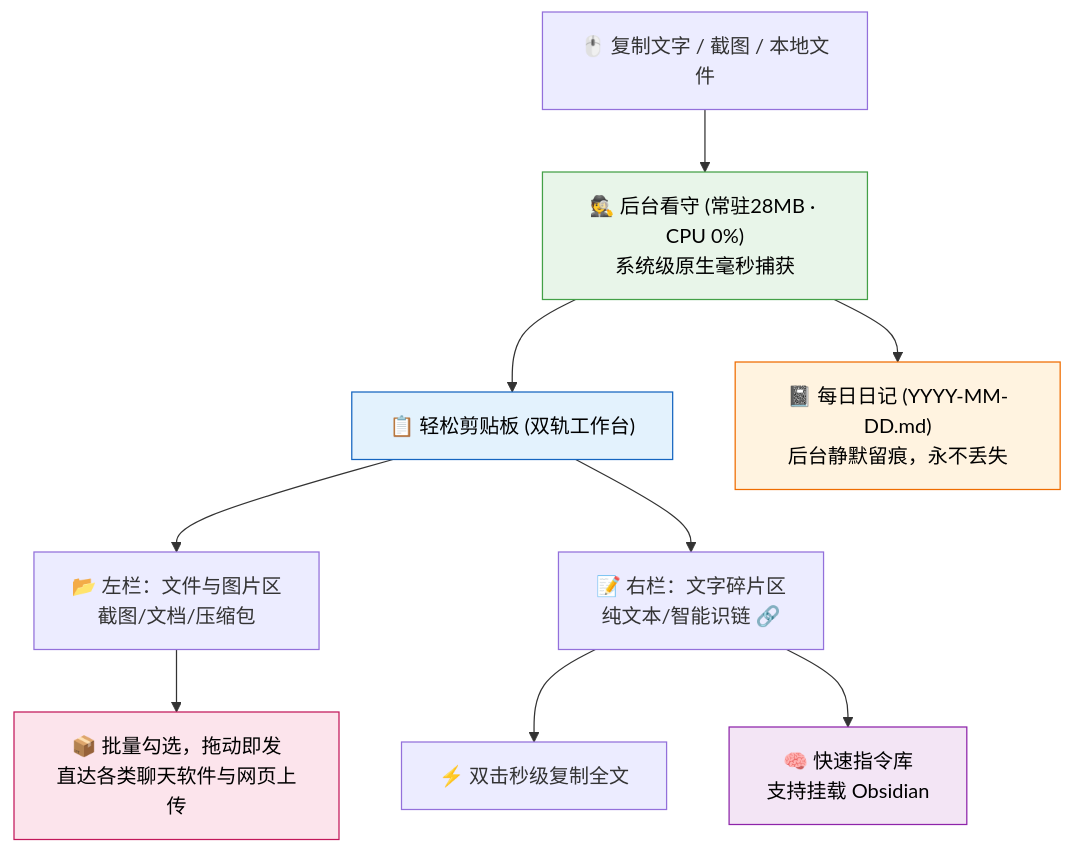
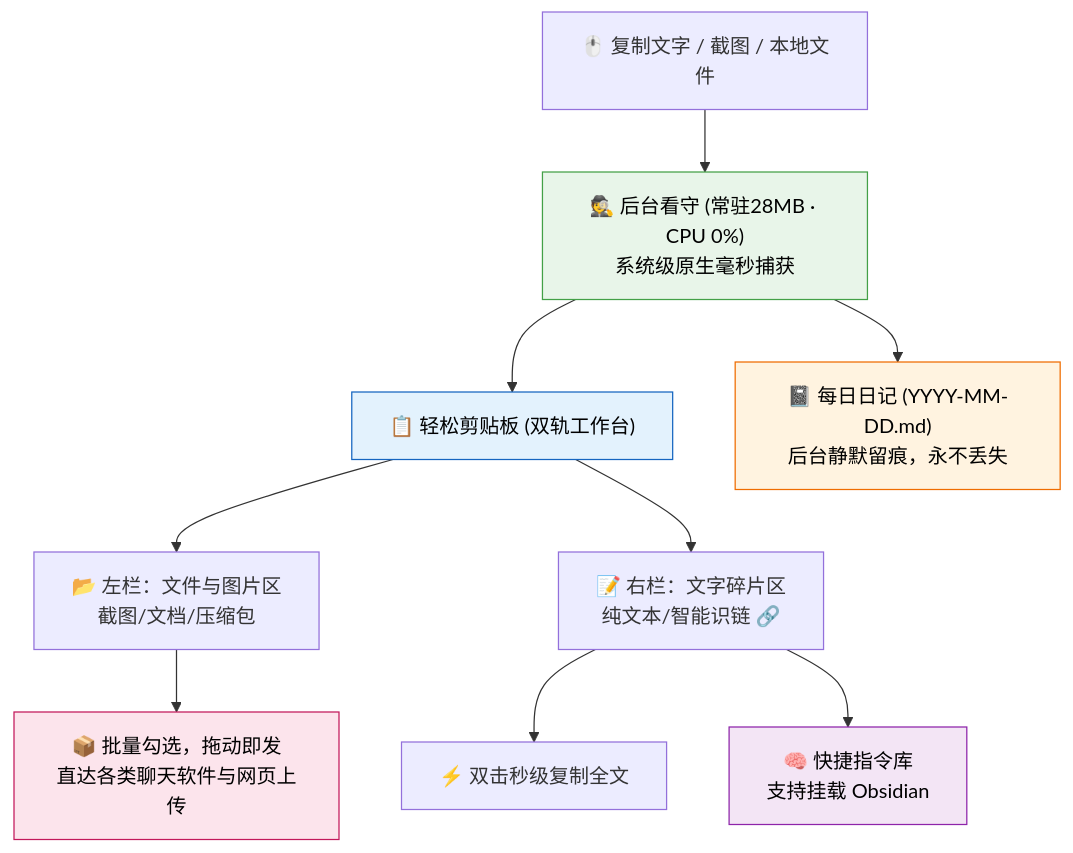
The first of 7 diagrams in README.md (CatBoss-Paw/EasyClipboard), drawn with Mermaid before and after one commit. The commit also changed other lines of this file and 3 other files, not shown here.

````diff
--- a/README.md
+++ b/README.md
@@ -50,20 +50,20 @@
 ```mermaid
 graph TD
     A["🖱️ 复制文字 / 截图 / 本地文件"] --> W["🕵️ 后台看守 (常驻28MB · CPU 0%)<br/>系统级原生毫秒捕获"]
 
     W --> S["📋 轻松剪贴板 (双轨工作台)"]
     W --> J["📓 每日日记 (YYYY-MM-DD.md)<br/>后台静默留痕，永不丢失"]
 
     S --> L["📂 左栏：文件与图片区<br/>截图/文档/压缩包"]
     S --> R["📝 右栏：文字碎片区<br/>纯文本/智能识链 🔗"]
 
     L --> D["📦 批量勾选，拖动即发<br/>直达各类聊天软件与网页上传"]
     R --> C["⚡ 双击秒级复制全文"]
-    R --> P["🧠 快速指令库<br/>支持挂载 Obsidian"]
+    R --> P["🧠 快捷指令库<br/>支持挂载 Obsidian"]
 
     style W fill:#e8f5e9,stroke:#43a047,color:#000
     style S fill:#e3f2fd,stroke:#1565c0,color:#000
     style J fill:#fff3e0,stroke:#ef6c00,color:#000
     style D fill:#fce4ec,stroke:#c2185b,color:#000
     style P fill:#f3e5f5,stroke:#8e24aa,color:#000
 ```
````
